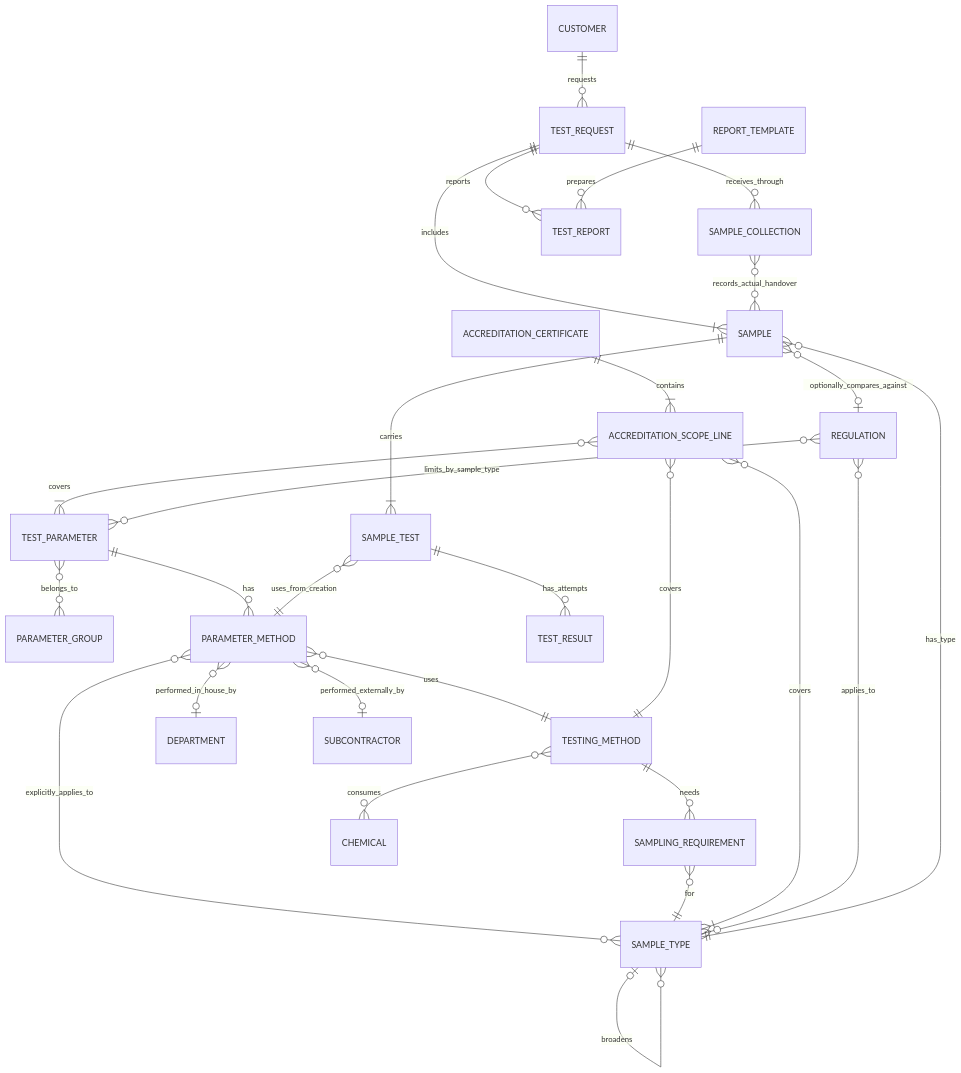
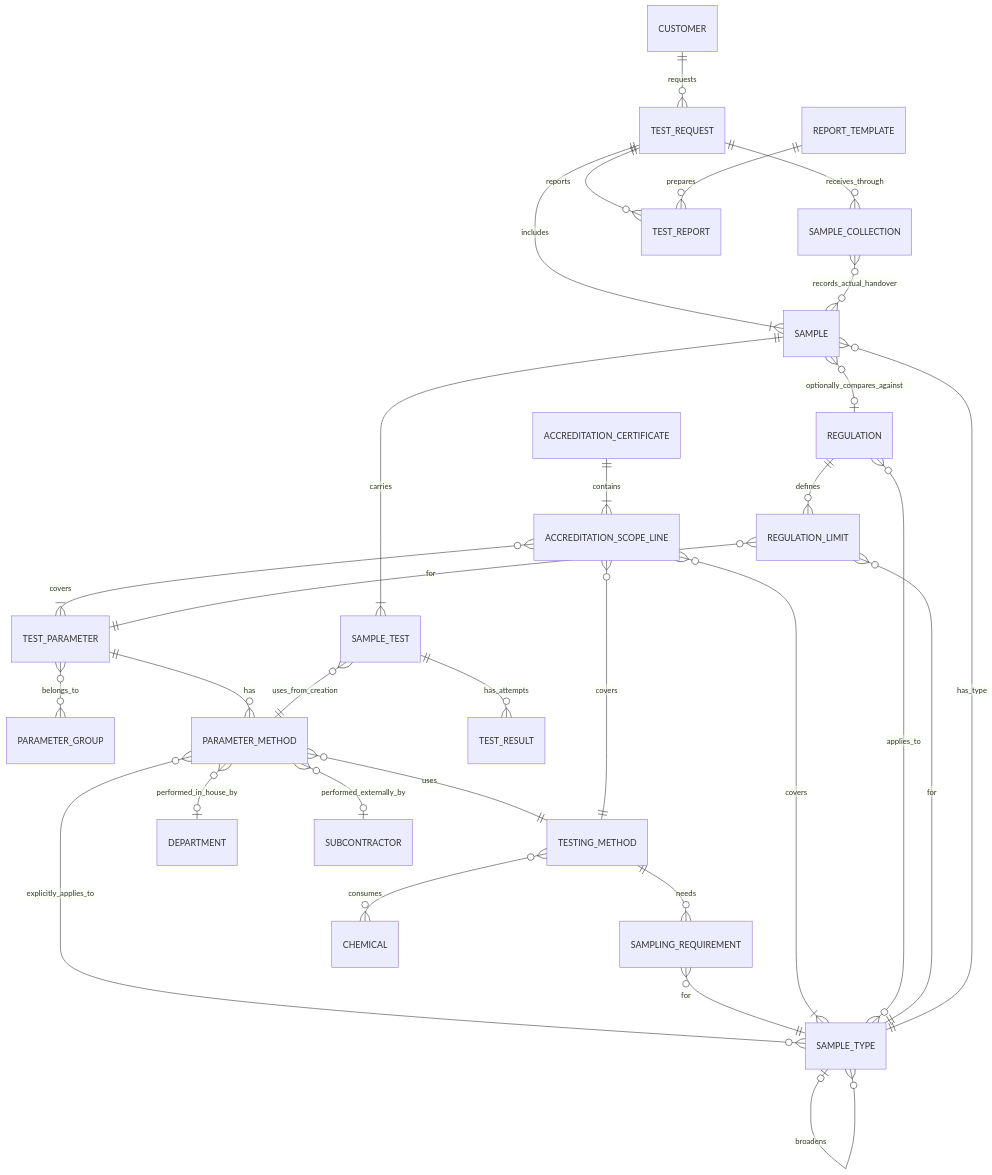
One commit to SoltuneMontepre/medilab changed the first of 3 diagrams in docs/functional/conceptual-model.md. Above: the diagram before and after it, drawn with Mermaid. The commit also changed other lines of this file and 9 other files, not shown here.

````diff
--- a/docs/functional/conceptual-model.md
+++ b/docs/functional/conceptual-model.md
@@ -13,30 +13,32 @@
 ```mermaid
 erDiagram
     SAMPLE_TYPE o|--o{ SAMPLE_TYPE : broadens
     TEST_PARAMETER }o--o{ PARAMETER_GROUP : belongs_to
     TEST_PARAMETER ||--o{ PARAMETER_METHOD : has
     PARAMETER_METHOD }o--|| TESTING_METHOD : uses
     PARAMETER_METHOD }o--o| DEPARTMENT : performed_in_house_by
     PARAMETER_METHOD }o--o| SUBCONTRACTOR : performed_externally_by
     PARAMETER_METHOD }o--o{ SAMPLE_TYPE : explicitly_applies_to
     TESTING_METHOD ||--o{ SAMPLING_REQUIREMENT : needs
     SAMPLING_REQUIREMENT }o--|| SAMPLE_TYPE : for
     TESTING_METHOD }o--o{ CHEMICAL : consumes
     ACCREDITATION_CERTIFICATE ||--|{ ACCREDITATION_SCOPE_LINE : contains
     ACCREDITATION_SCOPE_LINE }o--|| TESTING_METHOD : covers
     ACCREDITATION_SCOPE_LINE }o--|{ TEST_PARAMETER : covers
     ACCREDITATION_SCOPE_LINE }o--|{ SAMPLE_TYPE : covers
     REGULATION }o--o{ SAMPLE_TYPE : applies_to
-    REGULATION }o--o{ TEST_PARAMETER : limits_by_sample_type
+    REGULATION ||--o{ REGULATION_LIMIT : defines
+    REGULATION_LIMIT }o--|| TEST_PARAMETER : for
+    REGULATION_LIMIT }o--|| SAMPLE_TYPE : for
     CUSTOMER ||--o{ TEST_REQUEST : requests
     TEST_REQUEST ||--|{ SAMPLE : includes
     TEST_REQUEST ||--o{ SAMPLE_COLLECTION : receives_through
     SAMPLE_COLLECTION }o--o{ SAMPLE : records_actual_handover
     SAMPLE }o--|| SAMPLE_TYPE : has_type
     SAMPLE }o--o| REGULATION : optionally_compares_against
     SAMPLE ||--|{ SAMPLE_TEST : carries
     SAMPLE_TEST }o--|| PARAMETER_METHOD : uses_from_creation
     SAMPLE_TEST ||--o{ TEST_RESULT : has_attempts
     TEST_REQUEST ||--o{ TEST_REPORT : reports
     REPORT_TEMPLATE ||--o{ TEST_REPORT : prepares
 ```
````
